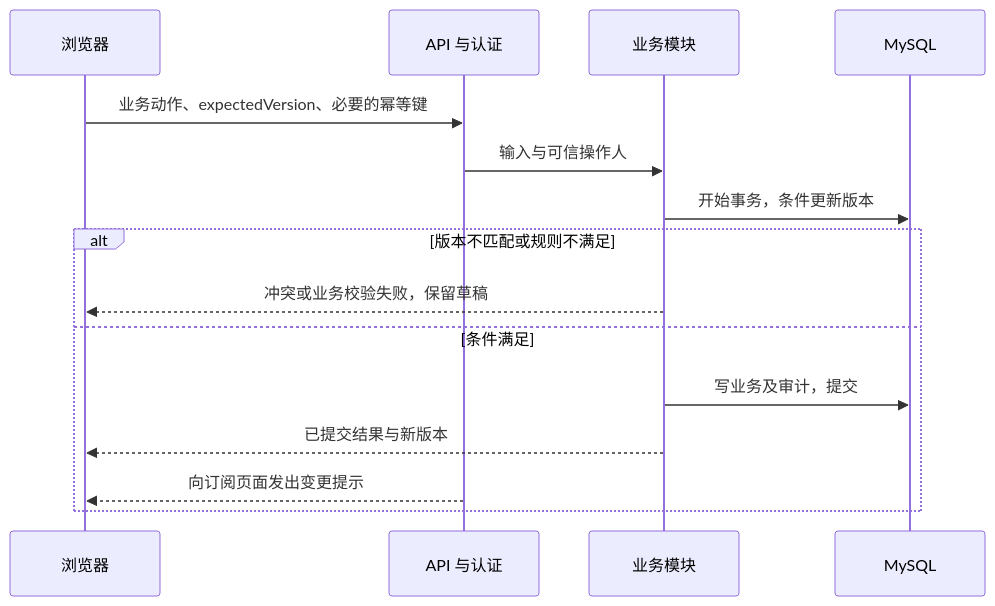
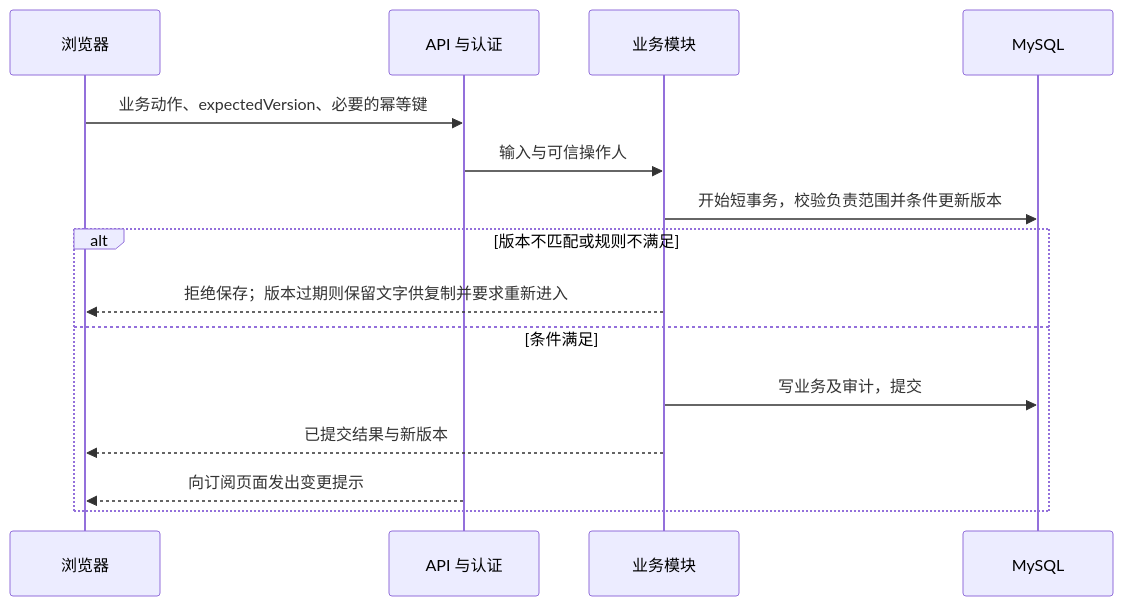
Before and after one commit to zhilihz/geekdash: the second of 2 diagrams in docs/architecture/architecture.md, drawn with Mermaid. The commit also changed other lines of this file and 12 other files, not shown here.

````diff
--- a/docs/architecture/architecture.md
+++ b/docs/architecture/architecture.md
@@ -51,17 +51,17 @@
 ```mermaid
 sequenceDiagram
     participant U as 浏览器
     participant A as API 与认证
     participant P as 业务模块
     participant M as MySQL
     U->>A: 业务动作、expectedVersion、必要的幂等键
     A->>P: 输入与可信操作人
-    P->>M: 开始事务，条件更新版本
+    P->>M: 开始短事务，校验负责范围并条件更新版本
     alt 版本不匹配或规则不满足
-        P-->>U: 冲突或业务校验失败，保留草稿
+        P-->>U: 拒绝保存；版本过期则保留文字供复制并要求重新进入
     else 条件满足
         P->>M: 写业务及审计，提交
         P-->>U: 已提交结果与新版本
         A-->>U: 向订阅页面发出变更提示
     end
 ```
````
